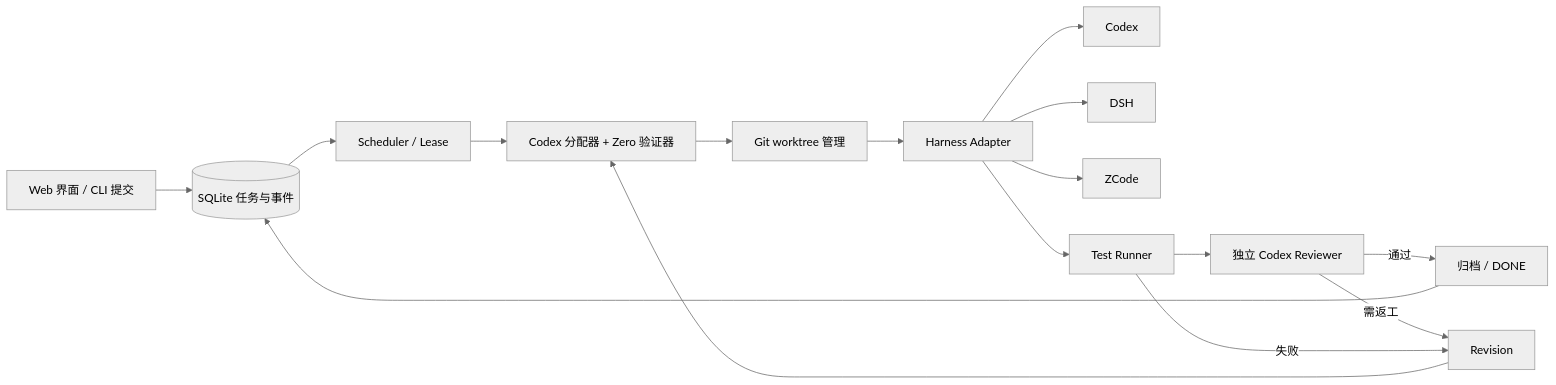
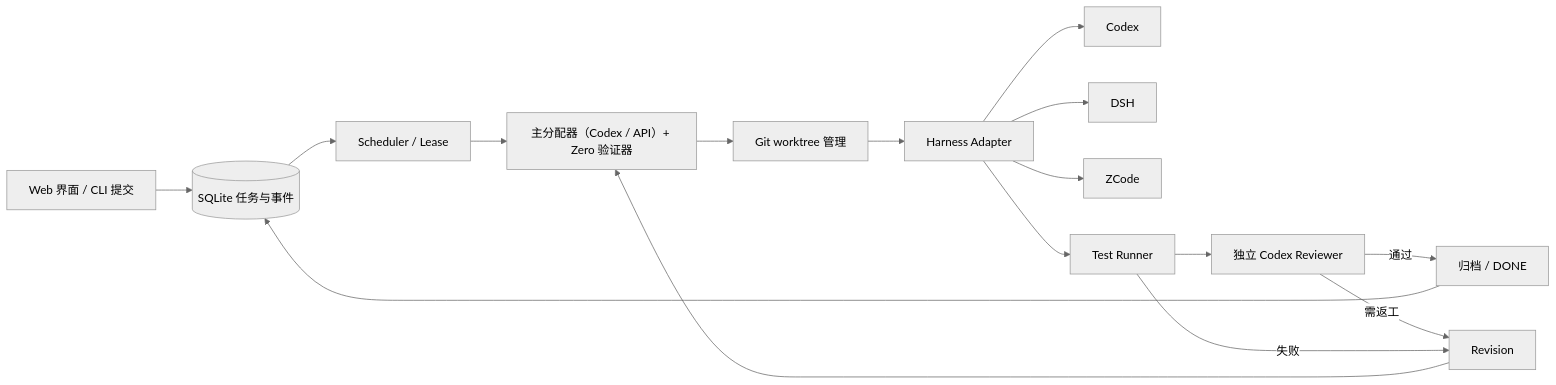
The diagram in docs/zero-v1-proposal.md (Jonty-Zhang/Zero), drawn with Mermaid (neutral theme) before and after one commit. The commit also changed other lines of this file and 26 other files, not shown here.

Commit message:
Add durable goal sequences and API routing

````diff
--- a/docs/zero-v1-proposal.md
+++ b/docs/zero-v1-proposal.md
@@ -40,18 +42,18 @@
 ```mermaid
 flowchart LR
   Submit[Web 界面 / CLI 提交] --> DB[(SQLite 任务与事件)]
   DB --> Scheduler[Scheduler / Lease]
-  Scheduler --> Router[Codex 分配器 + Zero 验证器]
+  Scheduler --> Router[主分配器（Codex / API）+ Zero 验证器]
   Router --> Workspace[Git worktree 管理]
   Workspace --> Adapter[Harness Adapter]
   Adapter --> Codex[Codex]
   Adapter --> DSH[DSH]
   Adapter --> ZCode[ZCode]
   Adapter --> Tests[Test Runner]
   Tests --> Reviewer[独立 Codex Reviewer]
   Reviewer -->|通过| Report[归档 / DONE]
   Reviewer -->|需返工| Revision[Revision]
   Tests -->|失败| Revision
   Revision --> Router
   Report --> DB
 ```
````
